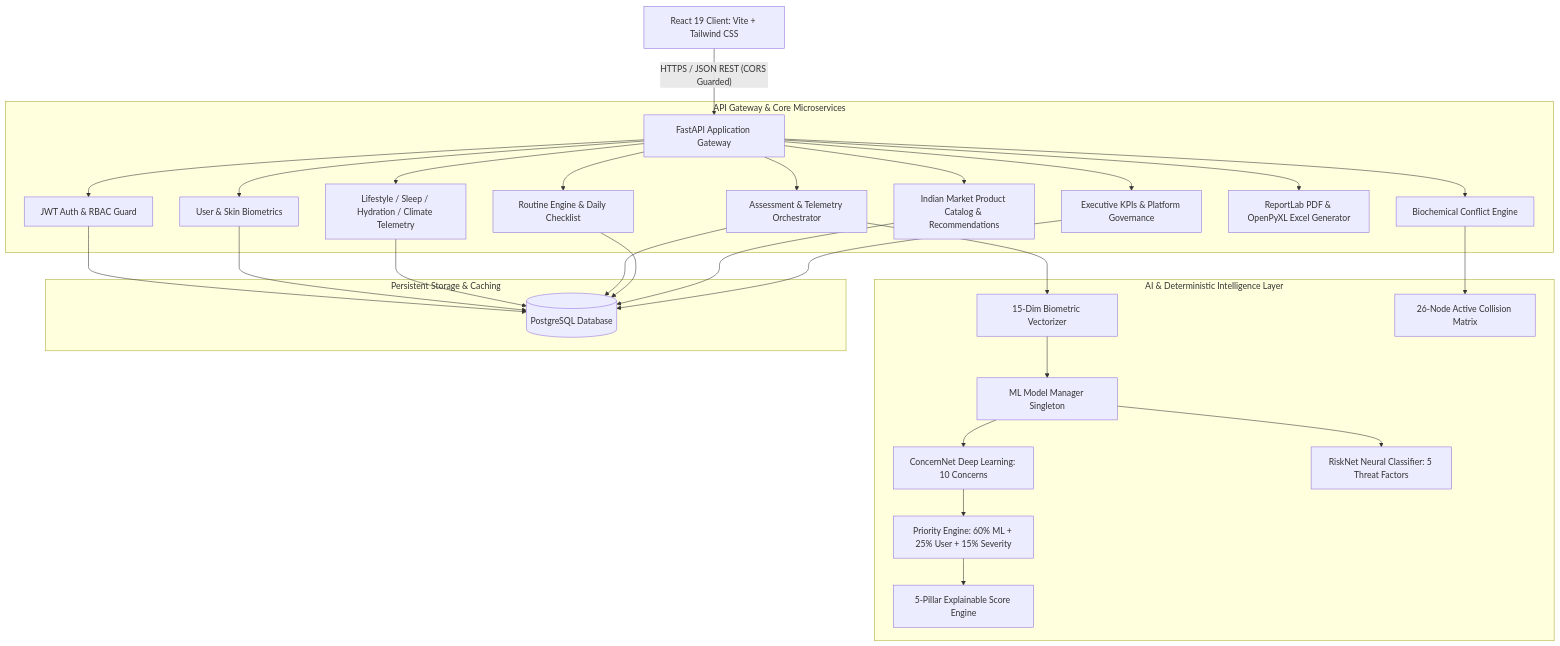
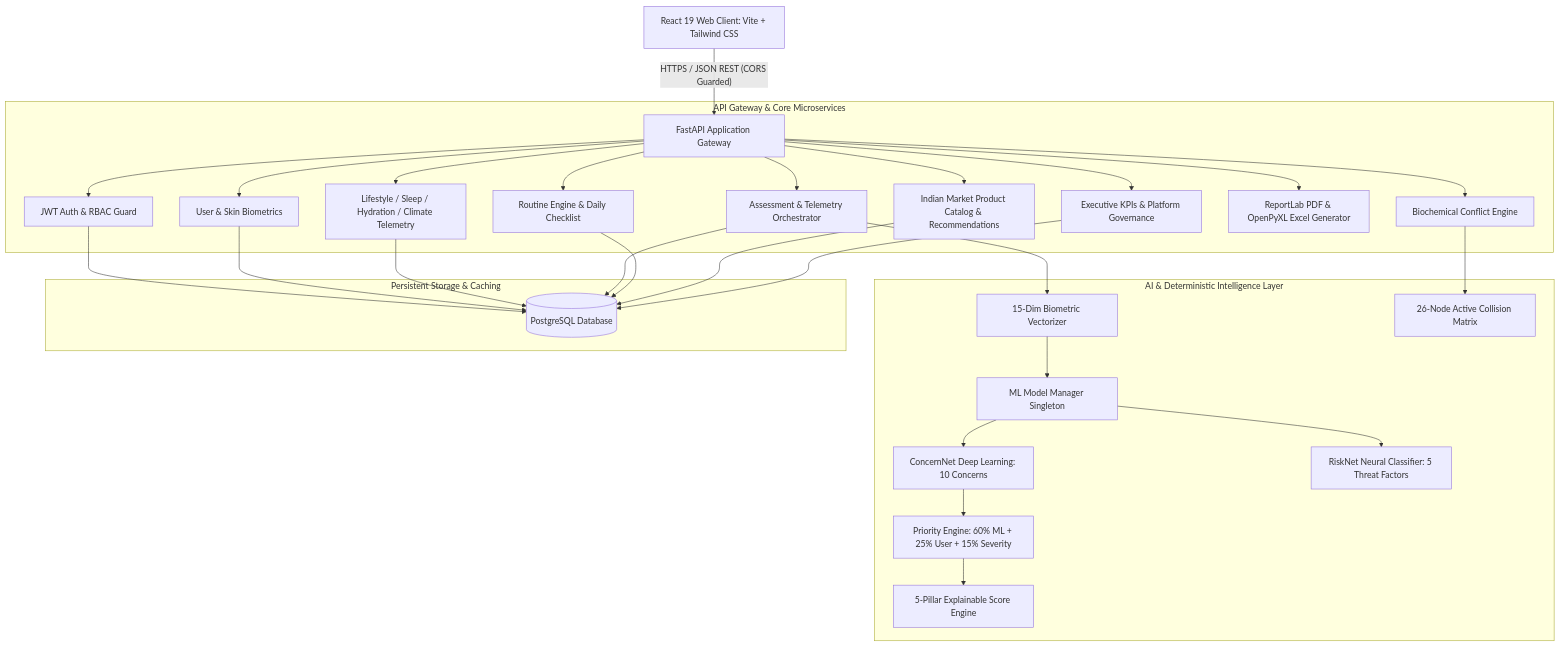
The diagram in README.md (springboardmentor27200x-wq/AI-Powered-Skin-Intelligence-and-Personalized-Skincare-Routine-Recommendation-Platform), drawn with Mermaid before and after one commit. The commit also changed other lines of this file and 20 other files, not shown here.

````diff
--- a/README.md
+++ b/README.md
@@ -52,36 +60,36 @@
 ```mermaid
 graph TD
-    Client[React 19 Client: Vite + Tailwind CSS] -- "HTTPS / JSON REST (CORS Guarded)" --> API[FastAPI Application Gateway]
+    Client[React 19 Web Client: Vite + Tailwind CSS] -- "HTTPS / JSON REST (CORS Guarded)" --> API[FastAPI Application Gateway]
 
     subgraph API Gateway & Core Microservices
         API --> Auth[JWT Auth & RBAC Guard]
         API --> ProfileSvc[User & Skin Biometrics]
         API --> TrackingSvc[Lifestyle / Sleep / Hydration / Climate Telemetry]
         API --> AssessmentSvc[Assessment & Telemetry Orchestrator]
         API --> IngredientSvc[Biochemical Conflict Engine]
         API --> ProductSvc[Indian Market Product Catalog & Recommendations]
         API --> RoutineSvc[Routine Engine & Daily Checklist]
         API --> ReportSvc[ReportLab PDF & OpenPyXL Excel Generator]
         API --> AdminSvc[Executive KPIs & Platform Governance]
     end
 
     subgraph AI & Deterministic Intelligence Layer
         AssessmentSvc --> FeatureBuilder[15-Dim Biometric Vectorizer]
         FeatureBuilder --> MLManager[ML Model Manager Singleton]
         MLManager --> ConcernNet[ConcernNet Deep Learning: 10 Concerns]
         MLManager --> RiskNet[RiskNet Neural Classifier: 5 Threat Factors]
         ConcernNet --> PriorityEngine[Priority Engine: 60% ML + 25% User + 15% Severity]
         PriorityEngine --> ScoreEngine[5-Pillar Explainable Score Engine]
         IngredientSvc --> ConflictGraph[26-Node Active Collision Matrix]
     end
 
     subgraph Persistent Storage & Caching
         Auth --> DB[(PostgreSQL Database)]
         ProfileSvc --> DB
         TrackingSvc --> DB
         AssessmentSvc --> DB
         RoutineSvc --> DB
         ProductSvc --> DB
         AdminSvc --> DB
     end
 ```
````
